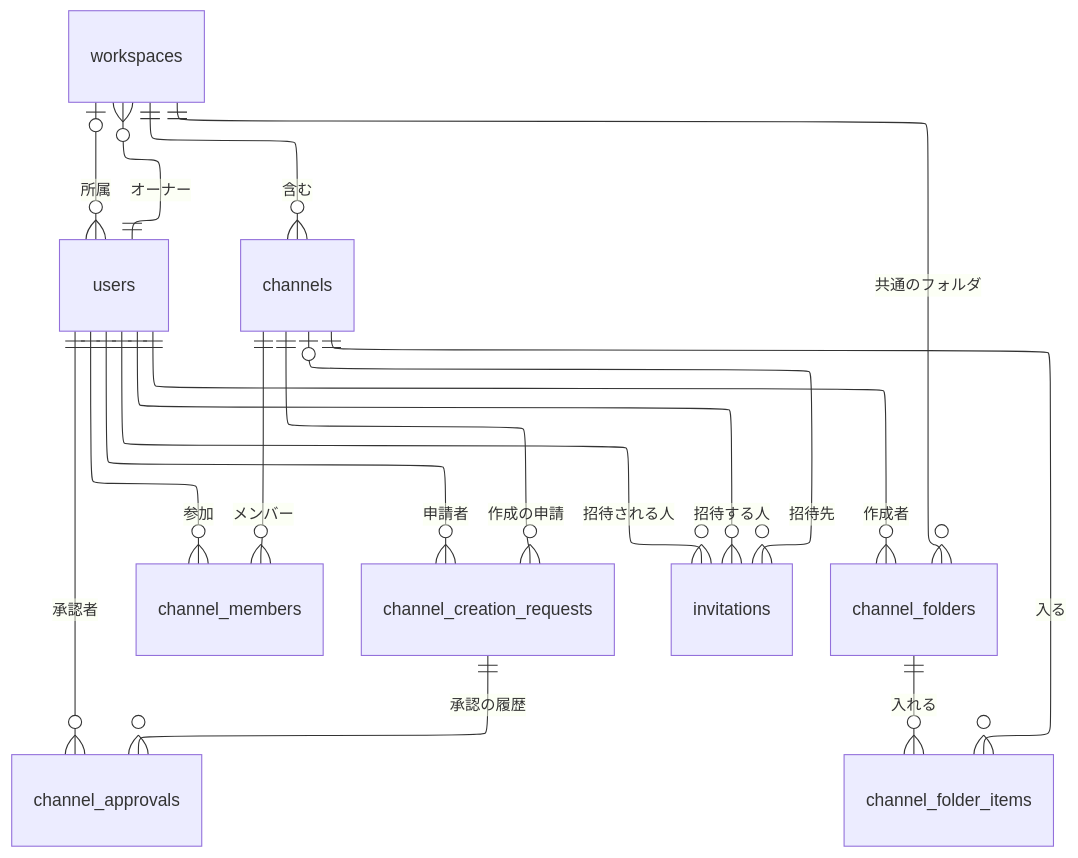
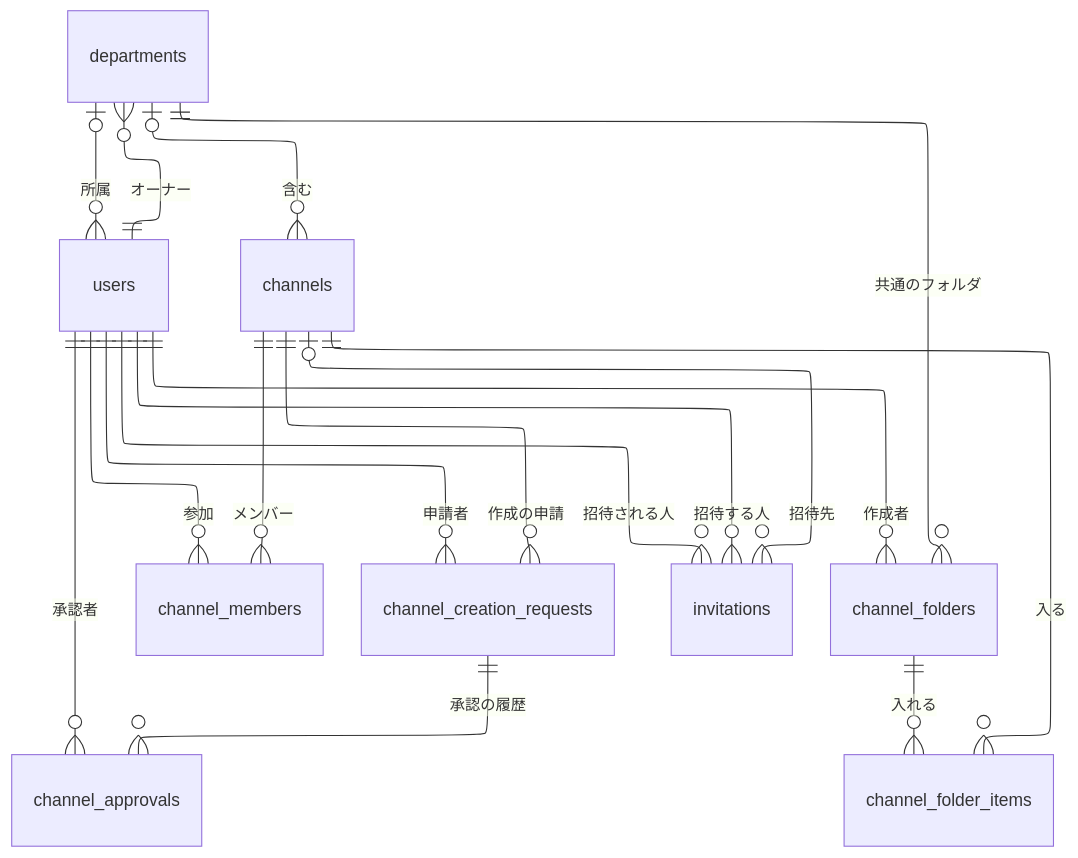
One commit to yamamotonaoki3/internal-system changed the second of 8 diagrams in docs/requirements/data-model.md. Above: the diagram before and after it, drawn with Mermaid. The commit also changed other lines of this file and 18 other files, not shown here.

````diff
--- a/docs/requirements/data-model.md
+++ b/docs/requirements/data-model.md
@@ -51,23 +55,23 @@
 ```mermaid
 ---
 config:
   layout: elk
 ---
 erDiagram
-    users ||--o{ workspaces : "オーナー"
-    workspaces |o--o{ users : "所属"
-    workspaces ||--o{ channels : "含む"
+    users ||--o{ departments : "オーナー"
+    departments |o--o{ users : "所属"
+    departments |o--o{ channels : "含む"
     channels ||--o{ channel_members : "メンバー"
     users ||--o{ channel_members : "参加"
     channels ||--o{ channel_creation_requests : "作成の申請"
     channel_creation_requests ||--o{ channel_approvals : "承認の履歴"
     users ||--o{ channel_creation_requests : "申請者"
     users ||--o{ channel_approvals : "承認者"
     channels |o--o{ invitations : "招待先"
     users ||--o{ invitations : "招待する人"
     users ||--o{ invitations : "招待される人"
-    workspaces ||--o{ channel_folders : "共通のフォルダ"
+    departments ||--o{ channel_folders : "共通のフォルダ"
     users ||--o{ channel_folders : "作成者"
     channel_folders ||--o{ channel_folder_items : "入れる"
     channels ||--o{ channel_folder_items : "入る"
 ```
````
